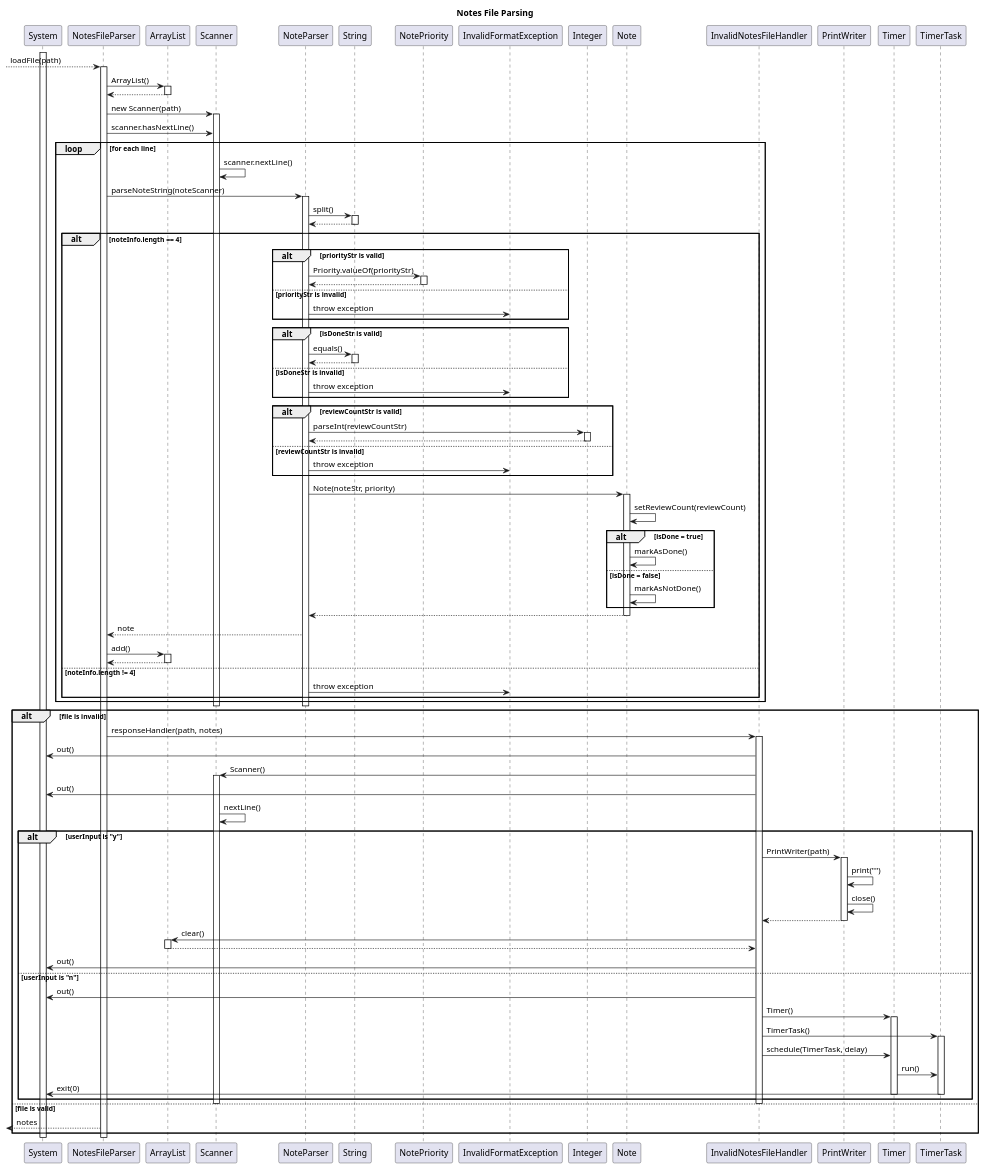
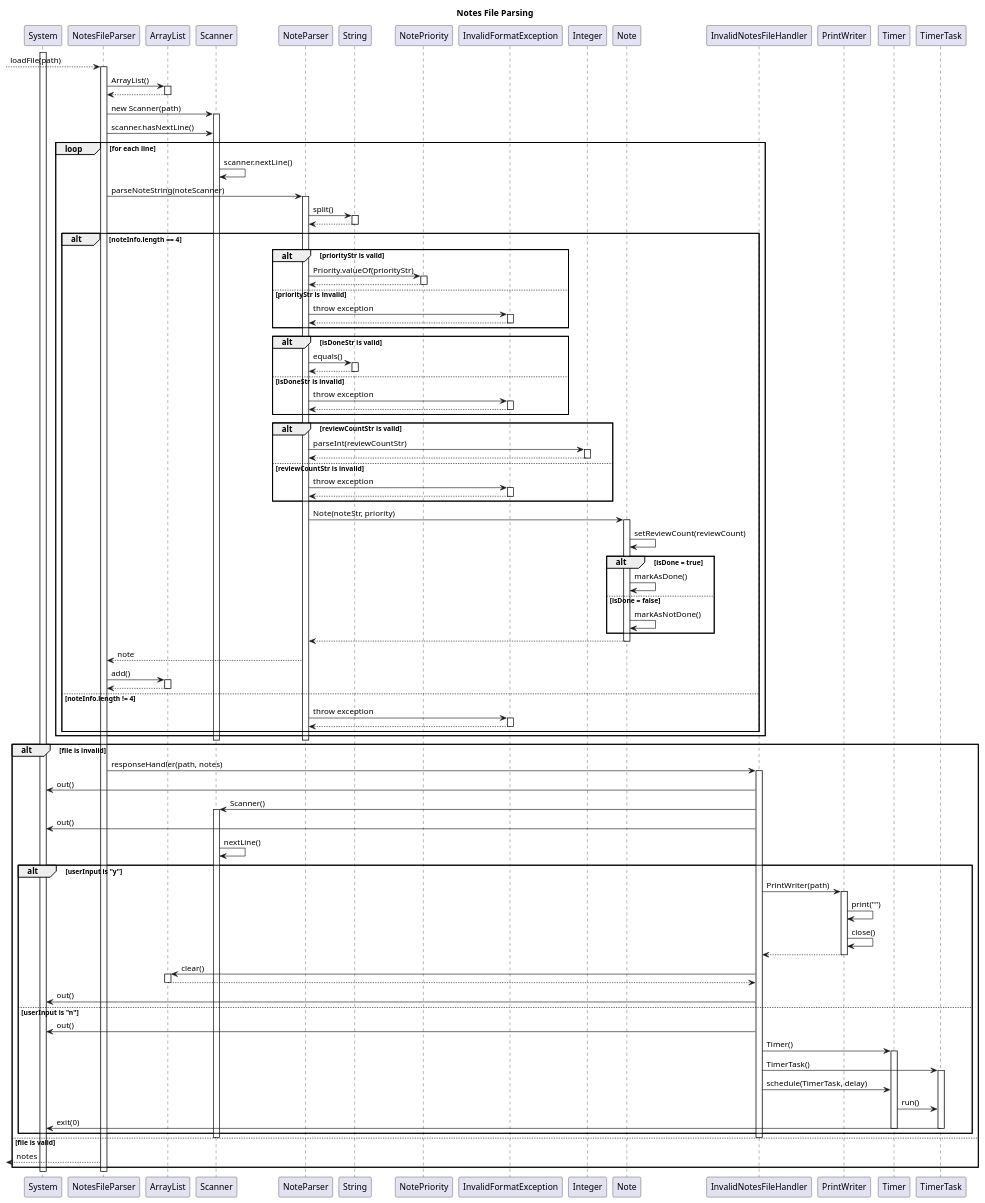
Before and after one commit to nus-cs2113-AY2223S2/tp: the diagram in docs/UmlFiles/loadFile_sequence-diagram.puml, drawn with PlantUML.

Commit message:
Add activation bar for InvalidFormatException

```diff
--- a/docs/UmlFiles/loadFile_sequence-diagram.puml
+++ b/docs/UmlFiles/loadFile_sequence-diagram.puml
@@ -1,112 +1,124 @@
 @startuml
 title Notes File Parsing
 
 activate System
 
 --> NotesFileParser: loadFile(path)
 activate NotesFileParser
 NotesFileParser -> ArrayList: ArrayList()
 activate ArrayList
 ArrayList --> NotesFileParser
 deactivate ArrayList
 NotesFileParser -> Scanner: new Scanner(path)
 activate Scanner
 NotesFileParser -> Scanner: scanner.hasNextLine()
 loop for each line
     Scanner -> Scanner: scanner.nextLine()
     NotesFileParser -> NoteParser: parseNoteString(noteScanner)
     activate NoteParser
     NoteParser -> String: split()
     activate String
     String --> NoteParser
     deactivate String
     alt noteInfo.length == 4
         alt priorityStr is valid
             NoteParser -> NotePriority: Priority.valueOf(priorityStr)
             activate NotePriority
             NotePriority --> NoteParser
             deactivate NotePriority
         else priorityStr is invalid
             NoteParser -> InvalidFormatException: throw exception
+            activate InvalidFormatException
+            InvalidFormatException --> NoteParser
+            deactivate InvalidFormatException
         end
         alt isDoneStr is valid
             NoteParser -> String: equals()
             activate String
             String --> NoteParser
             deactivate String
         else isDoneStr is invalid
             NoteParser -> InvalidFormatException: throw exception
+            activate InvalidFormatException
+            InvalidFormatException --> NoteParser
+            deactivate InvalidFormatException
         end
         alt reviewCountStr is valid
             NoteParser -> Integer: parseInt(reviewCountStr)
             activate Integer
             Integer --> NoteParser
             deactivate Integer
         else reviewCountStr is invalid
             NoteParser -> InvalidFormatException: throw exception
+            activate InvalidFormatException
+            InvalidFormatException --> NoteParser
+            deactivate InvalidFormatException
         end
         NoteParser -> Note: Note(noteStr, priority)
         activate Note
         Note -> Note: setReviewCount(reviewCount)
         alt isDone = true
             Note -> Note: markAsDone()
         else isDone = false
             Note -> Note: markAsNotDone()
         end
         Note --> NoteParser
         deactivate Note
         NoteParser --> NotesFileParser: note
         NotesFileParser -> ArrayList: add()
         activate ArrayList
         ArrayList --> NotesFileParser
         deactivate ArrayList
     else noteInfo.length != 4
             NoteParser -> InvalidFormatException: throw exception
+            activate InvalidFormatException
+            InvalidFormatException --> NoteParser
+            deactivate InvalidFormatException
     end
 end
 deactivate NoteParser
 deactivate Scanner
 
 alt file is invalid
     NotesFileParser -> InvalidNotesFileHandler: responseHandler(path, notes)
     activate InvalidNotesFileHandler
     InvalidNotesFileHandler -> System: out()
     InvalidNotesFileHandler -> Scanner: Scanner()
     activate Scanner
     InvalidNotesFileHandler -> System: out()
     Scanner -> Scanner: nextLine()
     alt userInput is "y"
         InvalidNotesFileHandler -> PrintWriter: PrintWriter(path)
         activate PrintWriter
         PrintWriter -> PrintWriter: print("")
         PrintWriter -> PrintWriter: close()
         PrintWriter --> InvalidNotesFileHandler
         deactivate PrintWriter
         InvalidNotesFileHandler -> ArrayList: clear()
         activate ArrayList
         ArrayList --> InvalidNotesFileHandler
         deactivate ArrayList
         InvalidNotesFileHandler -> System: out()
     else userInput is "n"
         InvalidNotesFileHandler -> System: out()
         InvalidNotesFileHandler -> Timer: Timer()
         activate Timer
         InvalidNotesFileHandler -> TimerTask: TimerTask()
         activate TimerTask
         InvalidNotesFileHandler -> Timer: schedule(TimerTask, delay)
         Timer -> TimerTask: run()
         TimerTask -> System: exit(0)
         deactivate Timer
         deactivate TimerTask
     end
     deactivate Scanner
     deactivate InvalidNotesFileHandler
 else file is valid
     <-- NotesFileParser: notes
 end
 
 deactivate NotesFileParser
 
 deactivate System
 
 @enduml
```
